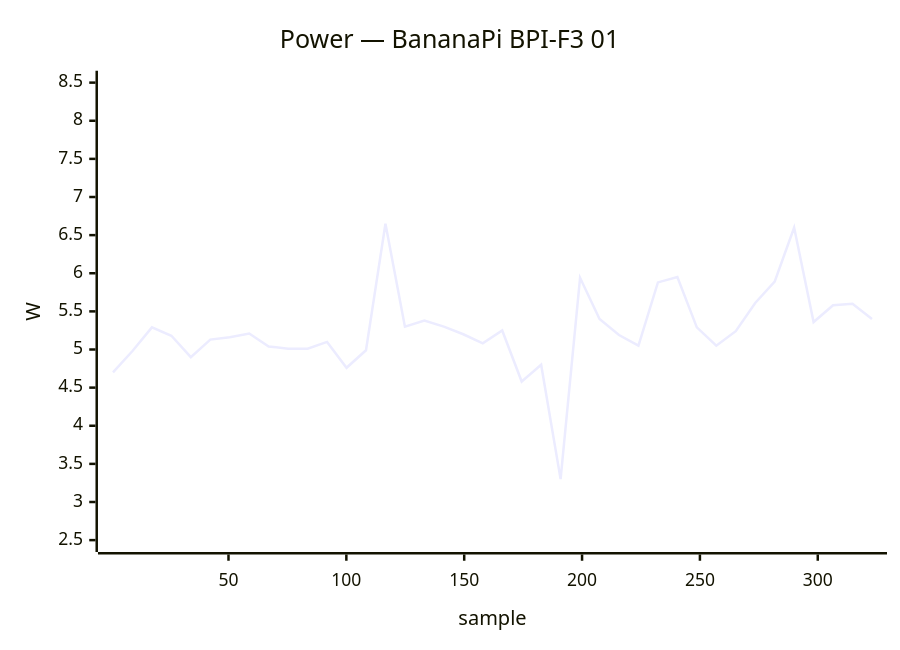
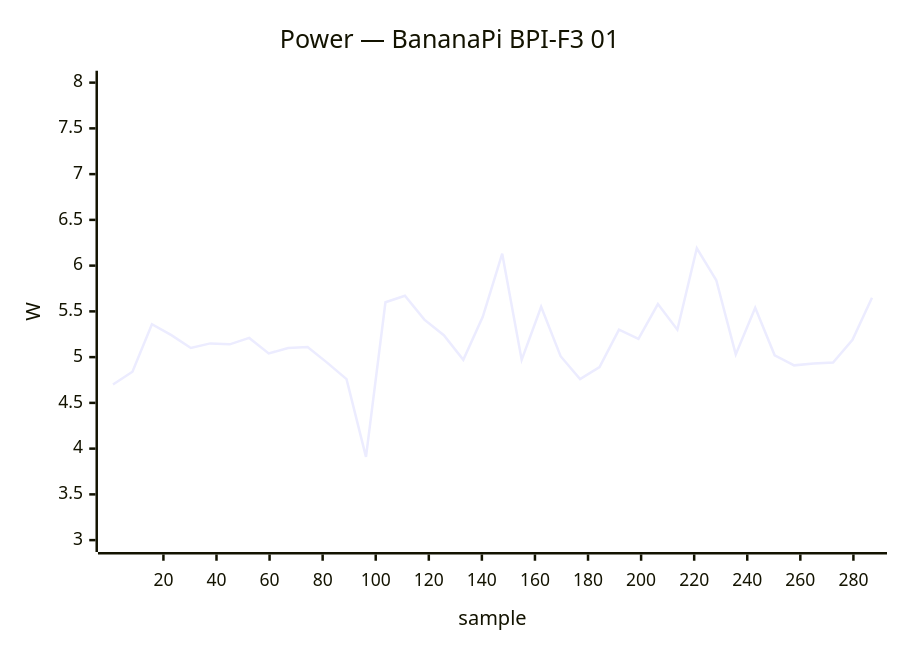
Diagram 12 of 40 in docs/status/board-tests.md (armbian/documentation), drawn with Mermaid before and after one commit. The commit also changed other lines of this file, not shown here.

````diff
--- a/docs/status/board-tests.md
+++ b/docs/status/board-tests.md
@@ -487,7 +497,7 @@
 ```mermaid
 xychart-beta
     title "Power — BananaPi BPI-F3 01"
-    x-axis "sample" 1 --> 323
-    y-axis "W" 2.5 --> 8.5
-    line [4.70, 4.98, 5.29, 5.18, 4.90, 5.13, 5.16, 5.21, 5.04, 5.01, 5.01, 5.10, 4.76, 4.99, 6.65, 5.30, 5.38, 5.30, 5.20, 5.08, 5.25, 4.58, 4.80, 3.30, 5.94, 5.40, 5.19, 5.05, 5.88, 5.95, 5.29, 5.05, 5.24, 5.61, 5.89, 6.60, 5.36, 5.58, 5.60, 5.40]
+    x-axis "sample" 1 --> 287
+    y-axis "W" 3.0 --> 8.0
+    line [4.70, 4.84, 5.36, 5.24, 5.10, 5.15, 5.14, 5.21, 5.04, 5.10, 5.11, 4.94, 4.76, 3.91, 5.60, 5.67, 5.41, 5.24, 4.97, 5.44, 6.13, 4.97, 5.55, 5.01, 4.76, 4.89, 5.30, 5.20, 5.58, 5.30, 6.19, 5.84, 5.03, 5.54, 5.02, 4.91, 4.93, 4.94, 5.19, 5.65]
 ```
````
